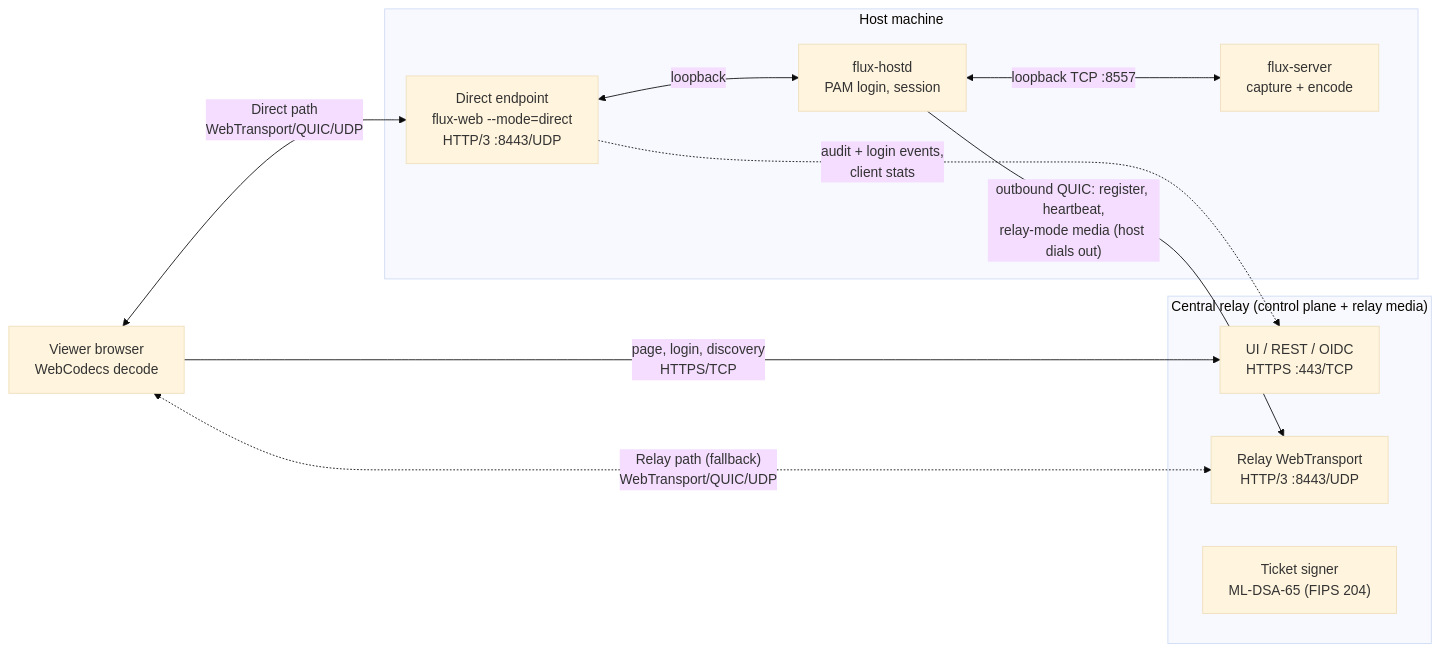
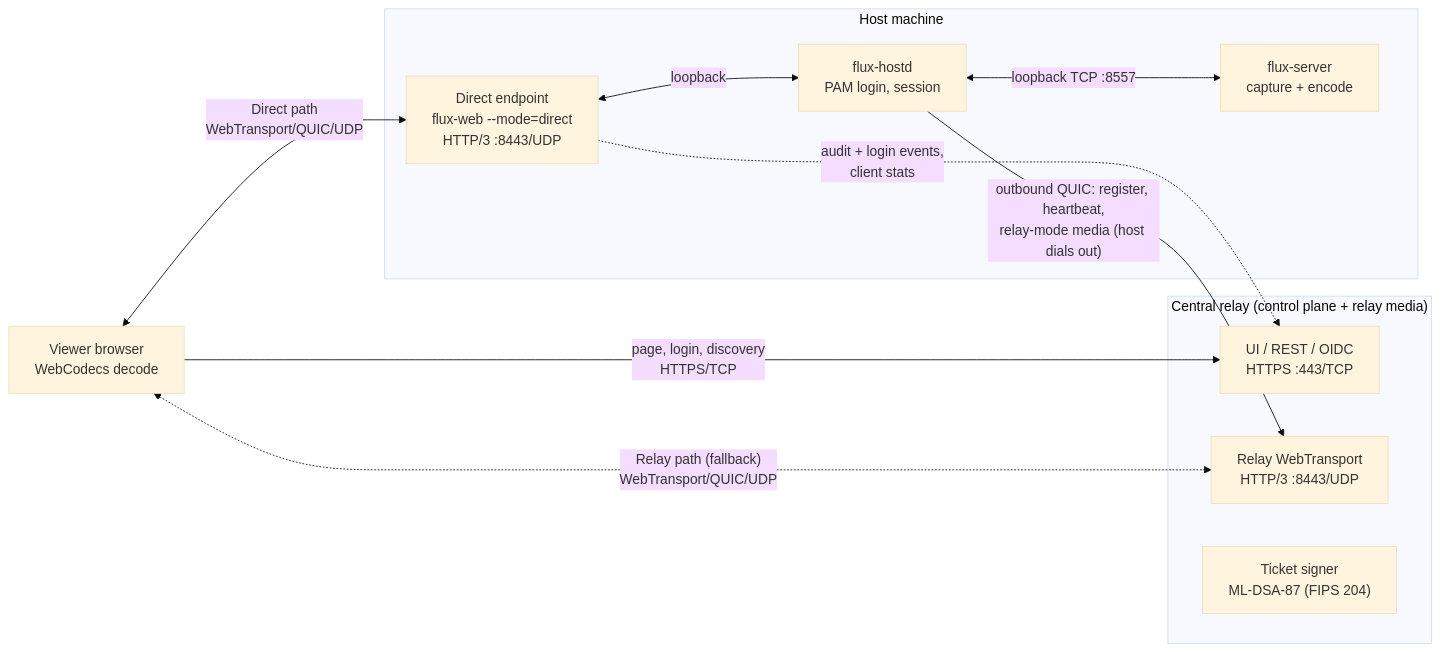
Before and after one commit to Exonical/rustcast: the first of 2 diagrams in docs/design/connection-modes.md, drawn with Mermaid (base theme). The commit also changed other lines of this file, not shown here.

Commit message:
docs: target CNSA 2.0 (ML-KEM-1024, ML-DSA-87) for connection modes

````diff
--- a/docs/design/connection-modes.md
+++ b/docs/design/connection-modes.md
@@ -27,22 +27,22 @@
 ```mermaid
 flowchart LR
     Browser["Viewer browser<br/>WebCodecs decode"]
     subgraph Central["Central relay (control plane + relay media)"]
         UI["UI / REST / OIDC<br/>HTTPS :443/TCP"]
         RWT["Relay WebTransport<br/>HTTP/3 :8443/UDP"]
-        Signer["Ticket signer<br/>ML-DSA-65 (FIPS 204)"]
+        Signer["Ticket signer<br/>ML-DSA-87 (FIPS 204)"]
     end
     subgraph Host["Host machine"]
         DWT["Direct endpoint<br/>flux-web --mode=direct<br/>HTTP/3 :8443/UDP"]
         Hostd["flux-hostd<br/>PAM login, session"]
         Agent["flux-server<br/>capture + encode"]
     end
 
     Browser -->|"page, login, discovery<br/>HTTPS/TCP"| UI
     Browser <-->|"Direct path<br/>WebTransport/QUIC/UDP"| DWT
     Browser <-.->|"Relay path (fallback)<br/>WebTransport/QUIC/UDP"| RWT
     Hostd -->|"outbound QUIC: register, heartbeat,<br/>relay-mode media (host dials out)"| RWT
     DWT <-->|"loopback"| Hostd
     Hostd <-->|"loopback TCP :8557"| Agent
     DWT -.->|"audit + login events,<br/>client stats"| UI
 ```
````
